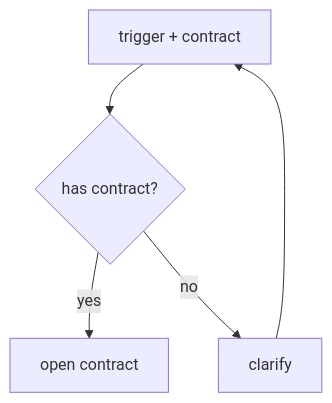
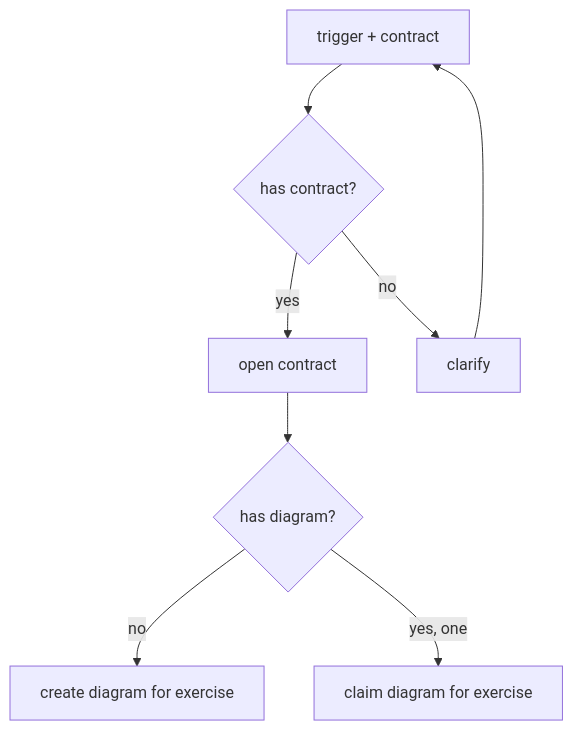
One commit to nonlinear/skills changed the diagram in contract-diagram/SKILL.md. Above: the diagram before and after it, drawn with Mermaid. The commit also changed other lines of this file, not shown here.

Commit message:
Expand diagram: has diagram? → create/claim branches with notes

````diff
--- a/contract-diagram/SKILL.md
+++ b/contract-diagram/SKILL.md
@@ -18,12 +18,19 @@
 ```mermaid
 flowchart TD
     TRIGGER["trigger + contract"]
-    CHECK{"has contract?"}
+    CHECK_CONTRACT{"has contract?"}
     OPEN["open contract"]
     CLARIFY["clarify"]
+    CHECK_DIAGRAM{"has diagram?"}
+    CREATE["create diagram for exercise"]
+    CLAIM["claim diagram for exercise"]
     
-    TRIGGER --> CHECK
-    CHECK -->|yes| OPEN
-    CHECK -->|no| CLARIFY
+    TRIGGER --> CHECK_CONTRACT
+    CHECK_CONTRACT -->|yes| OPEN
+    CHECK_CONTRACT -->|no| CLARIFY
     CLARIFY --> TRIGGER
+    
+    OPEN --> CHECK_DIAGRAM
+    CHECK_DIAGRAM -->|no| CREATE
+    CHECK_DIAGRAM -->|yes, one| CLAIM
 ```
````
